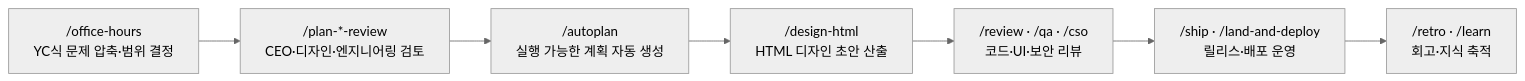
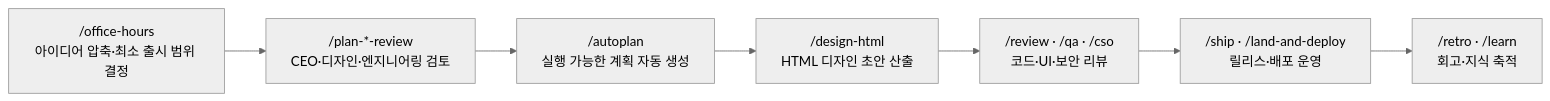
Before and after one commit to hb9397/AI_Agent_docs: the fourth of 6 diagrams in Agent_Skills_Repo_Structure_Analysis.md, drawn with Mermaid (neutral theme). The commit also changed other lines of this file, not shown here.

Commit message:
docs(skills-analysis): §2를 내부 skills 포함 지도 형태로 재구성 - §2-2 신설: 내부 skills/ 16개 한글 역할 요약 + 의도가 비슷한 외부 매핑 - §2-5 재작성: 1:1 매트릭스를 12개 의도 묶음 × 6개 출처 표로 교체 - §2-7 재작성: "우선순위 강제" → "조합 시나리오 예시" 톤으로 변경 - §2-1 표에 내부 skills/ 행 추가, §2-6 하위 번호 시프트, 목차 갱신 - gstack /office-hours 라벨을 "아이디어 압축·최소 출시 범위 결정"으로 수정

````diff
--- a/Agent_Skills_Repo_Structure_Analysis.md
+++ b/Agent_Skills_Repo_Structure_Analysis.md
@@ -291,9 +318,9 @@
 ```mermaid
 flowchart LR
-  G1["/office-hours<br/>YC식 문제 압축·범위 결정"] --> G2["/plan-*-review<br/>CEO·디자인·엔지니어링 검토"]
+  G1["/office-hours<br/>아이디어 압축·최소 출시 범위 결정"] --> G2["/plan-*-review<br/>CEO·디자인·엔지니어링 검토"]
   G2 --> G3["/autoplan<br/>실행 가능한 계획 자동 생성"]
   G3 --> G3b["/design-html<br/>HTML 디자인 초안 산출"]
   G3b --> G4["/review · /qa · /cso<br/>코드·UI·보안 리뷰"]
   G4 --> G5["/ship · /land-and-deploy<br/>릴리스·배포 운영"]
   G5 --> G6["/retro · /learn<br/>회고·지식 축적"]
 ```
````
